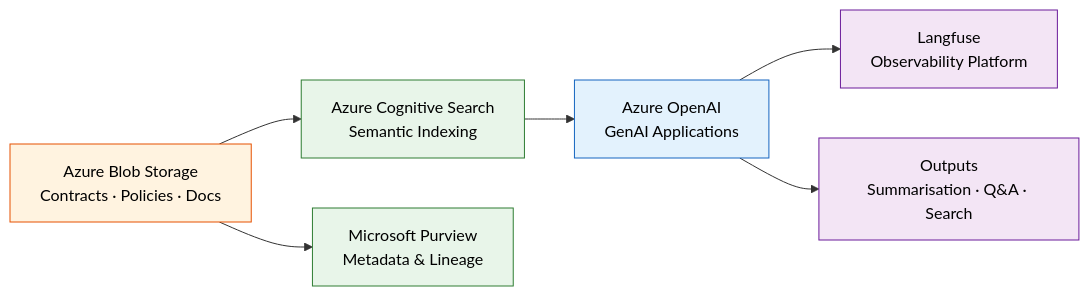
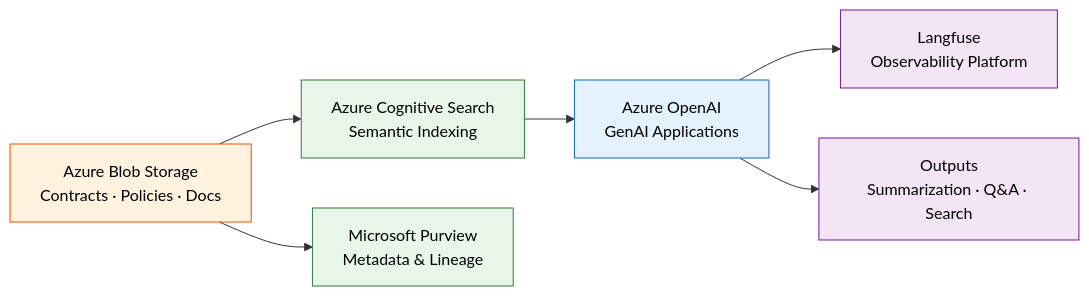
One commit to sfrancis2017/sajivfrancis.github.io changed the fourth of 5 diagrams in src/content/blog/2026-06-07-ai-driven-leadership.mdx. Above: the diagram before and after it, drawn with Mermaid. The commit also changed other lines of this file and 9 other files, not shown here.

````diff
--- a/src/content/blog/2026-06-07-ai-driven-leadership.mdx
+++ b/src/content/blog/2026-06-07-ai-driven-leadership.mdx
@@ -155,26 +155,26 @@
 ```mermaid
 flowchart LR
   classDef source fill:#fff3e0,stroke:#e65100,color:#000
   classDef integration fill:#e8f5e9,stroke:#2e7d32,color:#000
   classDef target fill:#e3f2fd,stroke:#1565c0,color:#000
   classDef reporting fill:#f3e5f5,stroke:#6a1b9a,color:#000
 
   BLOB["Azure Blob Storage<br/>Contracts · Policies · Docs"]
   COG["Azure Cognitive Search<br/>Semantic Indexing"]
   PUR["Microsoft Purview<br/>Metadata & Lineage"]
   OAI["Azure OpenAI<br/>GenAI Applications"]
   LF["Langfuse<br/>Observability Platform"]
-  OUT2["Outputs<br/>Summarisation · Q&A · Search"]
+  OUT2["Outputs<br/>Summarization · Q&A · Search"]
 
   BLOB --> COG --> OAI
   BLOB --> PUR
   OAI --> LF
   OAI --> OUT2
 
   class BLOB source
   class COG integration
   class PUR integration
   class OAI target
   class LF reporting
   class OUT2 reporting
 ```
````
